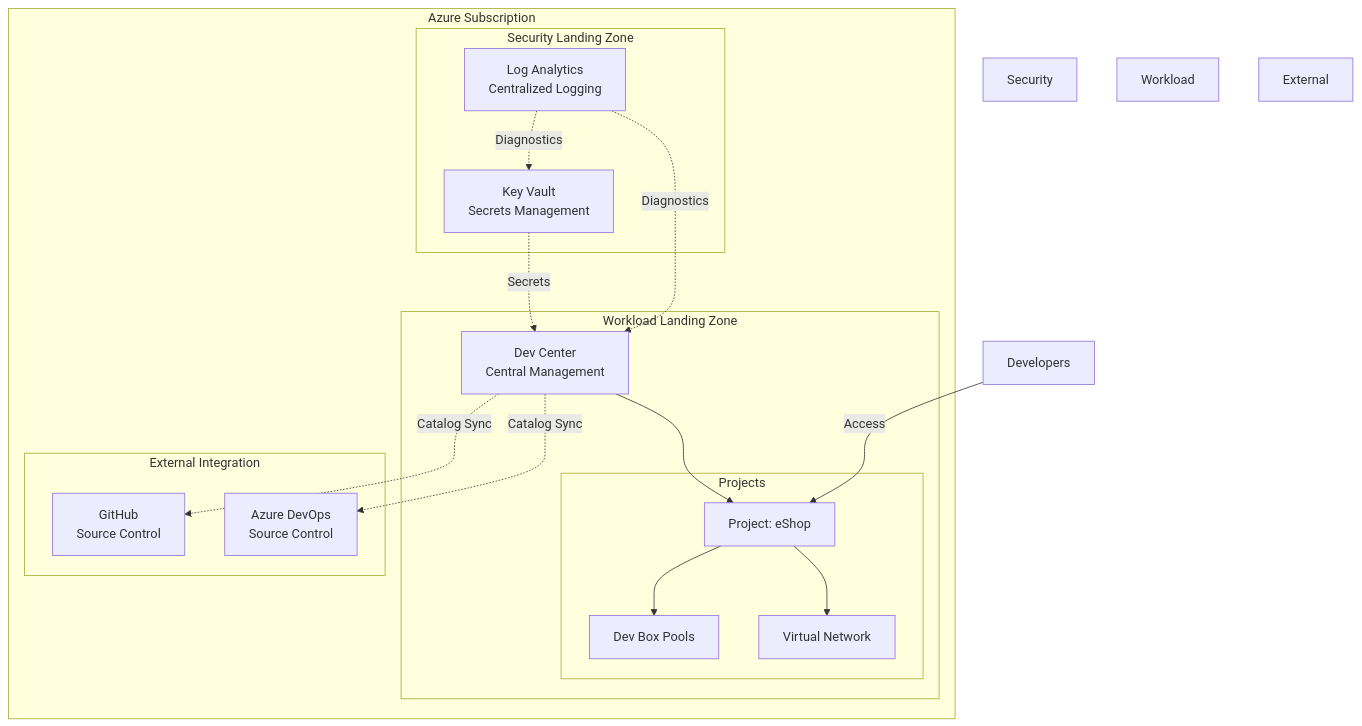
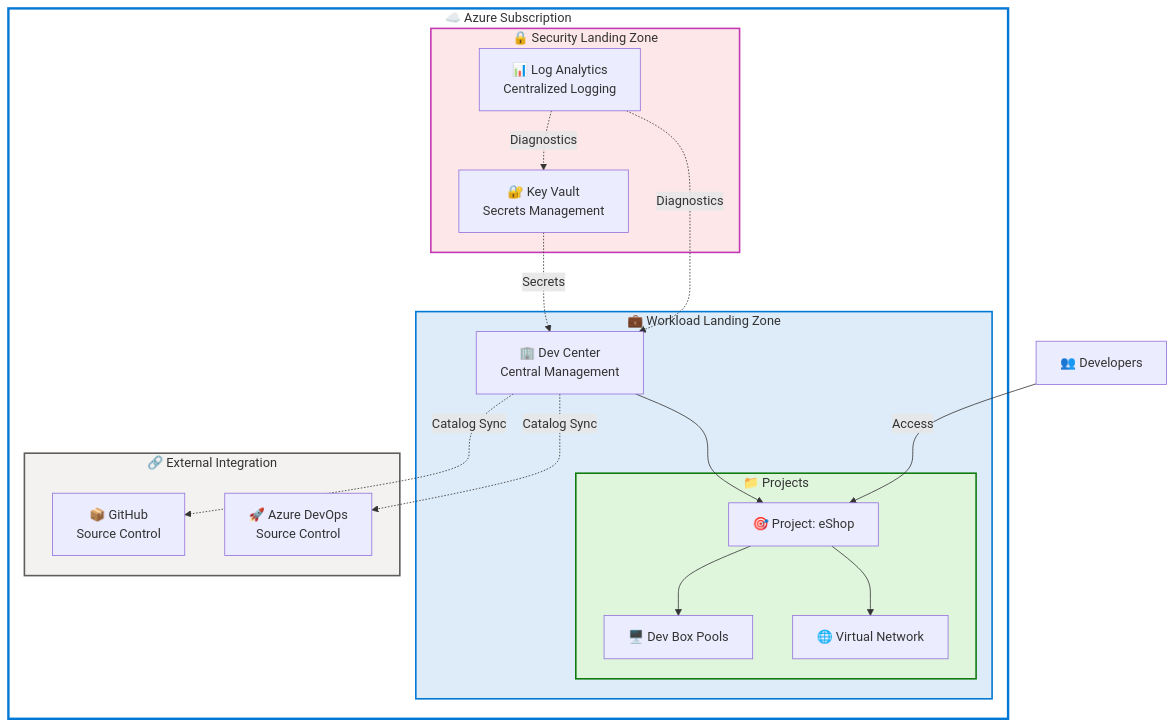
Before and after one commit to Evilazaro/DevExp-DevBox: the diagram in README.md, drawn with Mermaid.

Commit message:
fix: enhance architecture diagram with improved semantics, accessibility, and styling

````diff
--- a/README.md
+++ b/README.md
@@ -43,39 +43,56 @@
 ```mermaid
 graph TB
-    subgraph "Azure Subscription"
-        subgraph "Security Landing Zone"
-            KV[Key Vault<br/>Secrets Management]
-            LA[Log Analytics<br/>Centralized Logging]
+    accTitle: Dev Box Architecture
+    accDescr: Azure Dev Box infrastructure showing Security Landing Zone with Key Vault and Log Analytics, Workload Landing Zone with DevCenter and Projects, and External Integration with GitHub and Azure DevOps
+
+    %% ═══════════════════════════════════════════════════════════════════════════
+    %% AZURE / FLUENT ARCHITECTURE PATTERN v1.1
+    %% (Semantic + Structural + Font + Accessibility Governance)
+    %% ═══════════════════════════════════════════════════════════════════════════
+    %% PHASE 1 - STRUCTURAL: Direction explicit, flat topology, nesting ≤ 3
+    %% PHASE 2 - SEMANTIC: Colors justified by function - Security=orange, Workload=blue, External=neutral
+    %% PHASE 3 - FONT: Dark text on light backgrounds, contrast ≥ 4.5:1
+    %% PHASE 4 - ACCESSIBILITY: accTitle/accDescr present, icons on all nodes
+    %% PHASE 5 - STANDARD: Governance block present, style directives for all subgraphs
+    %% ═══════════════════════════════════════════════════════════════════════════
+
+    subgraph AZSUB["☁️ Azure Subscription"]
+        subgraph SECLZ["🔒 Security Landing Zone"]
+            KV["🔐 Key Vault<br/>Secrets Management"]
+            LA["📊 Log Analytics<br/>Centralized Logging"]
         end
 
-        subgraph "Workload Landing Zone"
-            DC[Dev Center<br/>Central Management]
+        subgraph WKLZ["💼 Workload Landing Zone"]
+            DC["🏢 Dev Center<br/>Central Management"]
 
-            subgraph "Projects"
-                P1[Project: eShop]
-                P1 --> POOL1[Dev Box Pools]
-                P1 --> NET1[Virtual Network]
+            subgraph PROJ["📁 Projects"]
+                P1["🎯 Project: eShop"]
+                P1 --> POOL1["🖥️ Dev Box Pools"]
+                P1 --> NET1["🌐 Virtual Network"]
             end
 
             DC --> P1
         end
 
         KV -.->|Secrets| DC
         LA -.->|Diagnostics| DC
         LA -.->|Diagnostics| KV
 
-        subgraph "External Integration"
-            GH[GitHub<br/>Source Control]
-            ADO[Azure DevOps<br/>Source Control]
+        subgraph EXTINT["🔗 External Integration"]
+            GH["📦 GitHub<br/>Source Control"]
+            ADO["🚀 Azure DevOps<br/>Source Control"]
         end
 
         DC -.->|Catalog Sync| GH
         DC -.->|Catalog Sync| ADO
     end
 
-    DEV[Developers] -->|Access| P1
+    DEV["👥 Developers"] -->|Access| P1
 
-    style Security Landing Zone fill:#fff4e6
-    style Workload Landing Zone fill:#e6f3ff
-    style External Integration fill:#f0f0f0
+    %% Subgraph styling (6 subgraphs = 6 style directives)
+    style AZSUB fill:#FFFFFF,stroke:#0078D4,stroke-width:3px
+    style SECLZ fill:#FDE7E9,stroke:#C239B3,stroke-width:2px
+    style WKLZ fill:#DEECF9,stroke:#0078D4,stroke-width:2px
+    style PROJ fill:#DFF6DD,stroke:#107C10,stroke-width:2px
+    style EXTINT fill:#F3F2F1,stroke:#605E5C,stroke-width:2px
 ```
````
